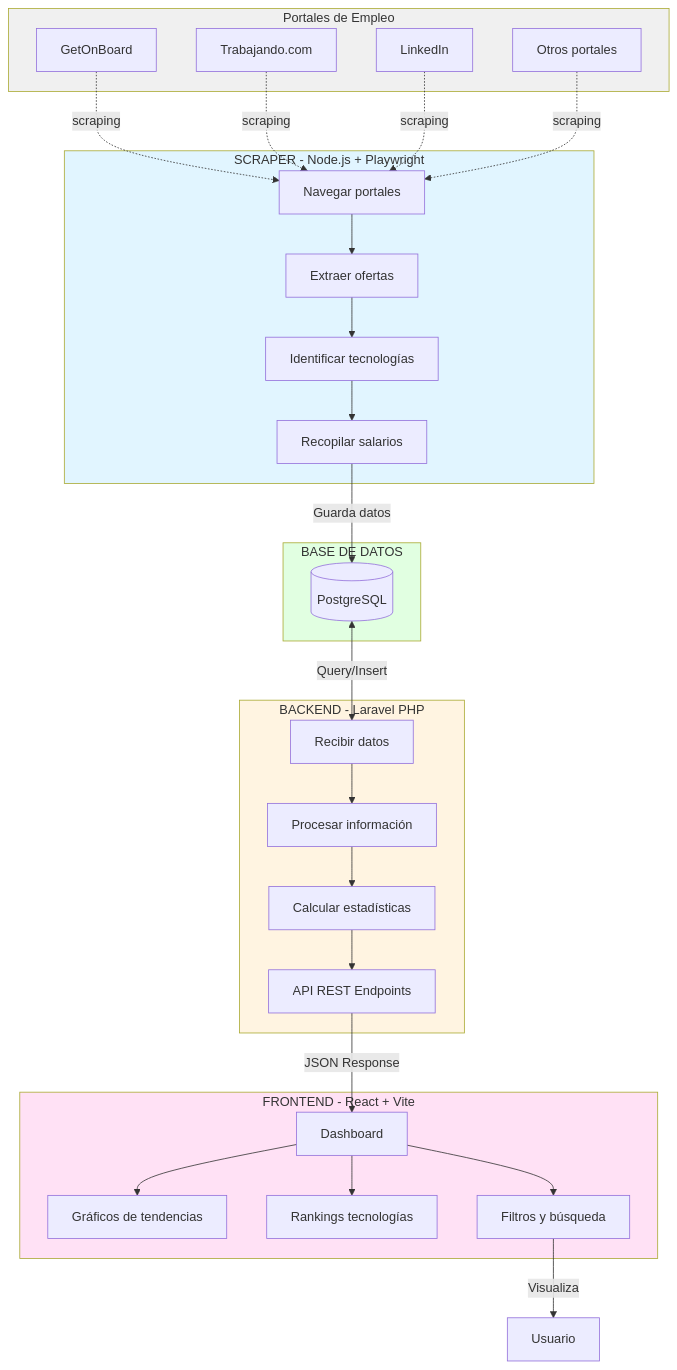
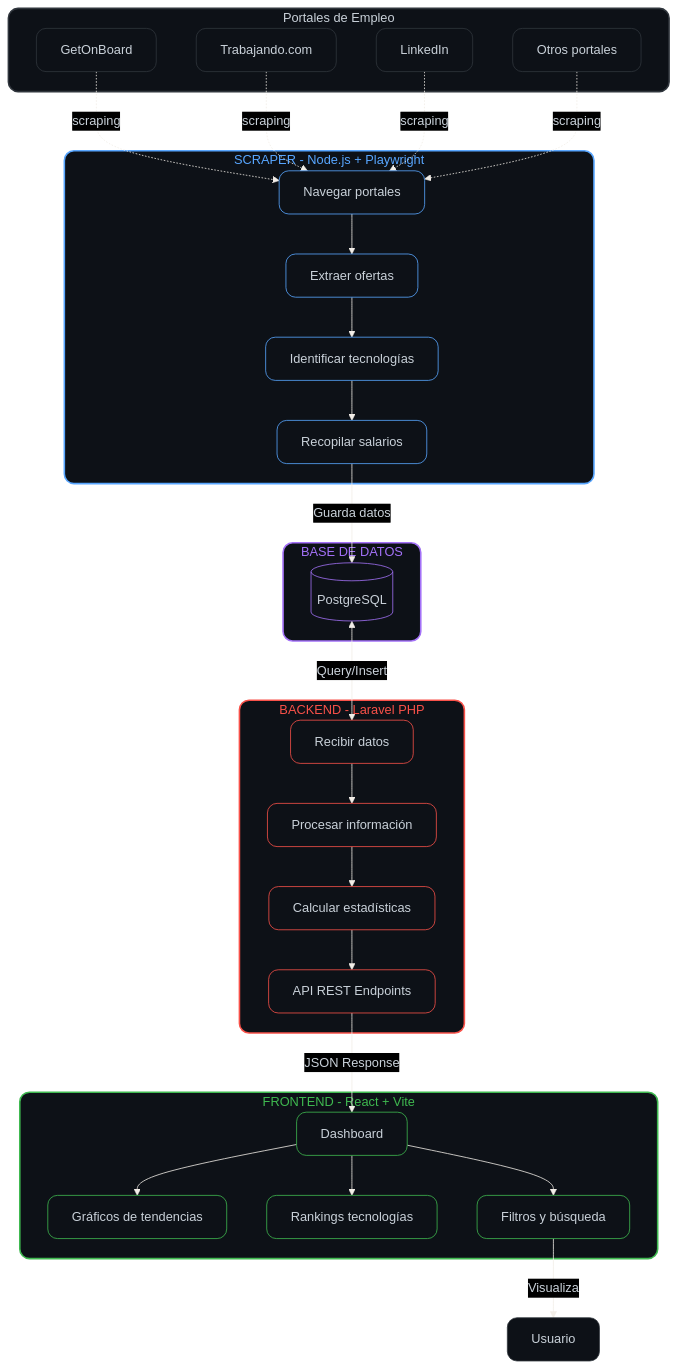
Before and after one commit to michifeli/chiledev: the diagram in README.md, drawn with Mermaid.

Commit message:
docs(README): cambiar estilos del diagrama para mejor visualización

````diff
--- a/README.md
+++ b/README.md
@@ -51,53 +51,72 @@
 ```mermaid
+%%{init: {'theme':'base', 'themeVariables': { 'darkMode':'true', 'background':'#0d1117', 'primaryColor':'#0d1117', 'primaryBorderColor':'#30363d', 'primaryTextColor':'#c9d1d9', 'secondaryColor':'#0d1117', 'secondaryBorderColor':'#30363d', 'secondaryTextColor':'#c9d1d9', 'tertiaryColor':'#0d1117', 'tertiaryBorderColor':'#30363d', 'tertiaryTextColor':'#c9d1d9'}}}%%
 graph TB
     subgraph Portales["Portales de Empleo"]
         P1[GetOnBoard]
         P2[Trabajando.com]
         P3[LinkedIn]
         P4[Otros portales]
     end
 
     subgraph Scraper["SCRAPER - Node.js + Playwright"]
         S1[Navegar portales]
         S2[Extraer ofertas]
         S3[Identificar tecnologías]
         S4[Recopilar salarios]
         S1 --> S2 --> S3 --> S4
     end
 
     subgraph Database["BASE DE DATOS"]
         DB[(PostgreSQL)]
     end
 
     subgraph Backend["BACKEND - Laravel PHP"]
         B1[Recibir datos]
         B2[Procesar información]
         B3[Calcular estadísticas]
         B4[API REST Endpoints]
         B1 --> B2 --> B3 --> B4
     end
 
     subgraph Frontend["FRONTEND - React + Vite"]
         F1[Dashboard]
         F2[Gráficos de tendencias]
         F3[Rankings tecnologías]
         F4[Filtros y búsqueda]
         F1 --> F2
         F1 --> F3
         F1 --> F4
     end
 
     User[Usuario]
 
     P1 & P2 & P3 & P4 -.->|scraping| S1
     S4 -->|Guarda datos| DB
     DB <-->|Query/Insert| B1
     B4 -->|JSON Response| F1
     F4 -->|Visualiza| User
 
-    style Scraper fill:#e1f5ff
-    style Backend fill:#fff4e1
-    style Frontend fill:#ffe1f5
-    style Database fill:#e1ffe1
-    style Portales fill:#f0f0f0
+    style Portales fill:#0d1117,stroke:#30363d,stroke-width:2px,color:#c9d1d9,rx:12,ry:12
+    style Scraper fill:#0d1117,stroke:#58a6ff,stroke-width:2px,color:#58a6ff,rx:12,ry:12
+    style Database fill:#0d1117,stroke:#a371f7,stroke-width:2px,color:#a371f7,rx:12,ry:12
+    style Backend fill:#0d1117,stroke:#f85149,stroke-width:2px,color:#f85149,rx:12,ry:12
+    style Frontend fill:#0d1117,stroke:#3fb950,stroke-width:2px,color:#3fb950,rx:12,ry:12
+    style P1 fill:#0d1117,stroke:#30363d,stroke-width:1px,color:#c9d1d9,rx:12,ry:12
+    style P2 fill:#0d1117,stroke:#30363d,stroke-width:1px,color:#c9d1d9,rx:12,ry:12
+    style P3 fill:#0d1117,stroke:#30363d,stroke-width:1px,color:#c9d1d9,rx:12,ry:12
+    style P4 fill:#0d1117,stroke:#30363d,stroke-width:1px,color:#c9d1d9,rx:12,ry:12
+    style S1 fill:#0d1117,stroke:#58a6ff,stroke-width:1px,color:#c9d1d9,rx:12,ry:12
+    style S2 fill:#0d1117,stroke:#58a6ff,stroke-width:1px,color:#c9d1d9,rx:12,ry:12
+    style S3 fill:#0d1117,stroke:#58a6ff,stroke-width:1px,color:#c9d1d9,rx:12,ry:12
+    style S4 fill:#0d1117,stroke:#58a6ff,stroke-width:1px,color:#c9d1d9,rx:12,ry:12
+    style DB fill:#0d1117,stroke:#a371f7,stroke-width:1px,color:#c9d1d9,rx:12,ry:12
+    style B1 fill:#0d1117,stroke:#f85149,stroke-width:1px,color:#c9d1d9,rx:12,ry:12
+    style B2 fill:#0d1117,stroke:#f85149,stroke-width:1px,color:#c9d1d9,rx:12,ry:12
+    style B3 fill:#0d1117,stroke:#f85149,stroke-width:1px,color:#c9d1d9,rx:12,ry:12
+    style B4 fill:#0d1117,stroke:#f85149,stroke-width:1px,color:#c9d1d9,rx:12,ry:12
+    style F1 fill:#0d1117,stroke:#3fb950,stroke-width:1px,color:#c9d1d9,rx:12,ry:12
+    style F2 fill:#0d1117,stroke:#3fb950,stroke-width:1px,color:#c9d1d9,rx:12,12
+    style F3 fill:#0d1117,stroke:#3fb950,stroke-width:1px,color:#c9d1d9,rx:12,ry:12
+    style F4 fill:#0d1117,stroke:#3fb950,stroke-width:1px,color:#c9d1d9,rx:12,ry:12
+    style User fill:#0d1117,stroke:#30363d,stroke-width:1px,color:#c9d1d9,rx:12,ry:12
 ```
````
